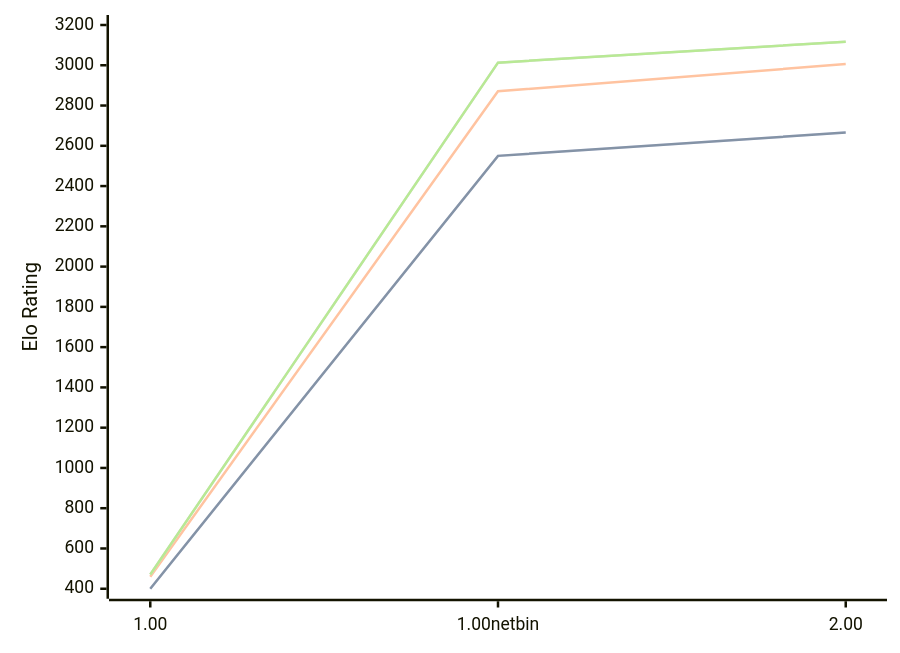
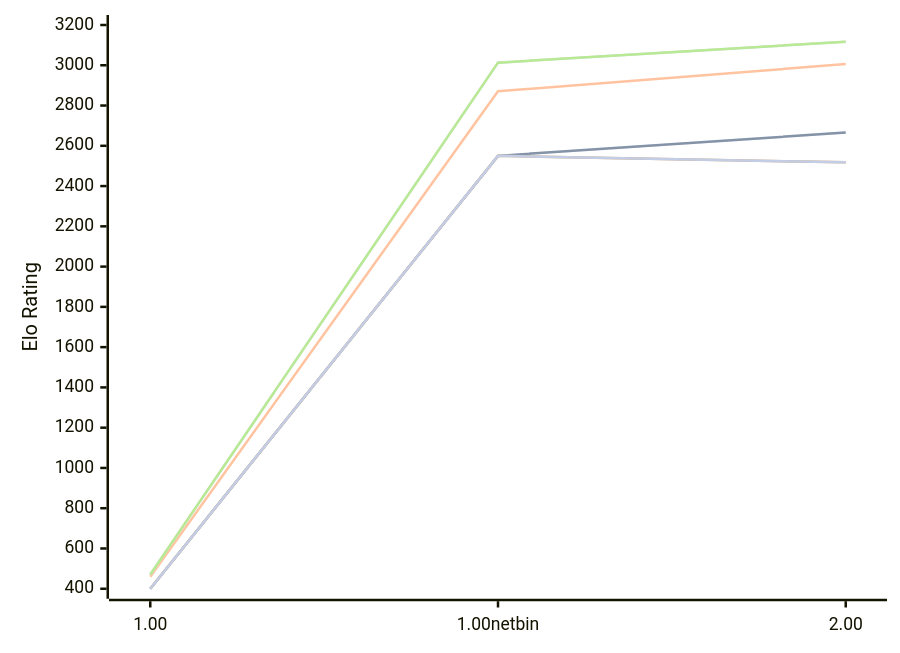
One commit to computer-chess-index/cci changed the diagram in engines/Gilipol.md. Above: the diagram before and after it, drawn with Mermaid. The commit also changed other lines of this file, not shown here.

Commit message:
Update CCI Ratings (ELO VLTC) - 2026-10-11

````diff
--- a/engines/Gilipol.md
+++ b/engines/Gilipol.md
@@ -49,16 +49,13 @@
 ```mermaid
 %%{init: {"theme":"base","themeVariables":{"seriesColors:['#a3a3a3','#222221','#faa371']}}}%%
 xychart-beta
   x-axis ["1.00", "1.00netbin", "2.00"]
   y-axis "Elo Rating" 400 --> 3200
   line "" [400, 2550, 2666]
   line "T1: STC (8.0+0.08s)" [400, 2550, 2666]
   line "T1: LTC (60.0+0.60s)" [460, 2871, 3006]
   line "" [471, 3013, 3117]
   line "T1: VLTC (2m24s+1.12s)" [471, 3013, 3117]
-  line "" [2507]
-  line "E1: STC (8.0+0.08s)" [2507]
-  line "E1: LTC (60.0+0.60s)" [2867]
-  line "" [2986]
-  line "E1: VLTC (2m24s+1.12s)" [2986]
+  line "" [400, 2550,2518]
+  line "E1: STC (8.0+0.08s)" [400, 2550,2518]
 ```
````
